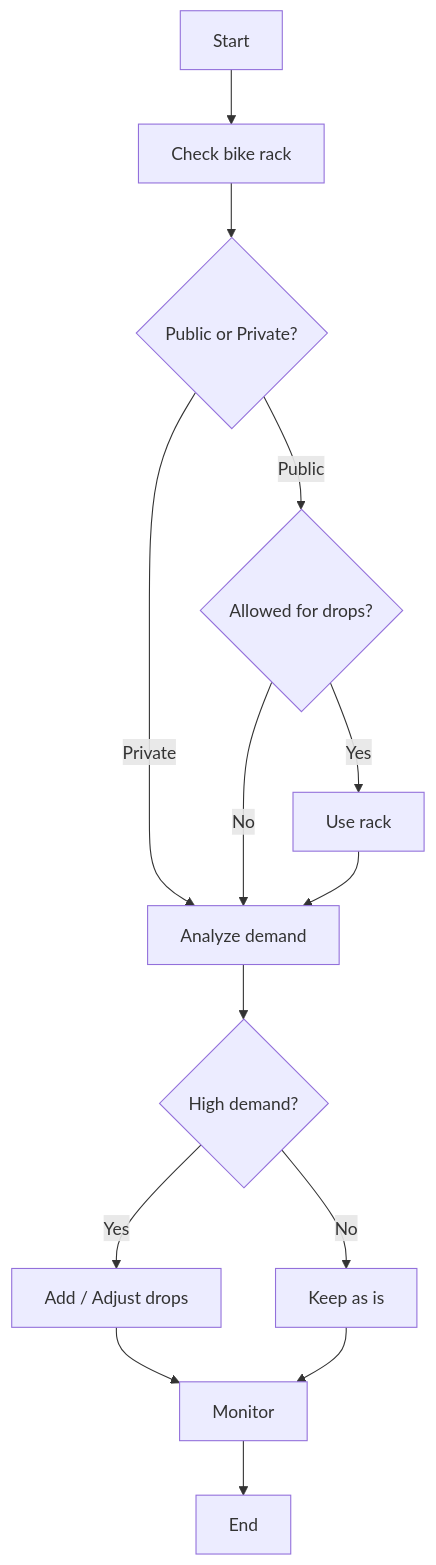
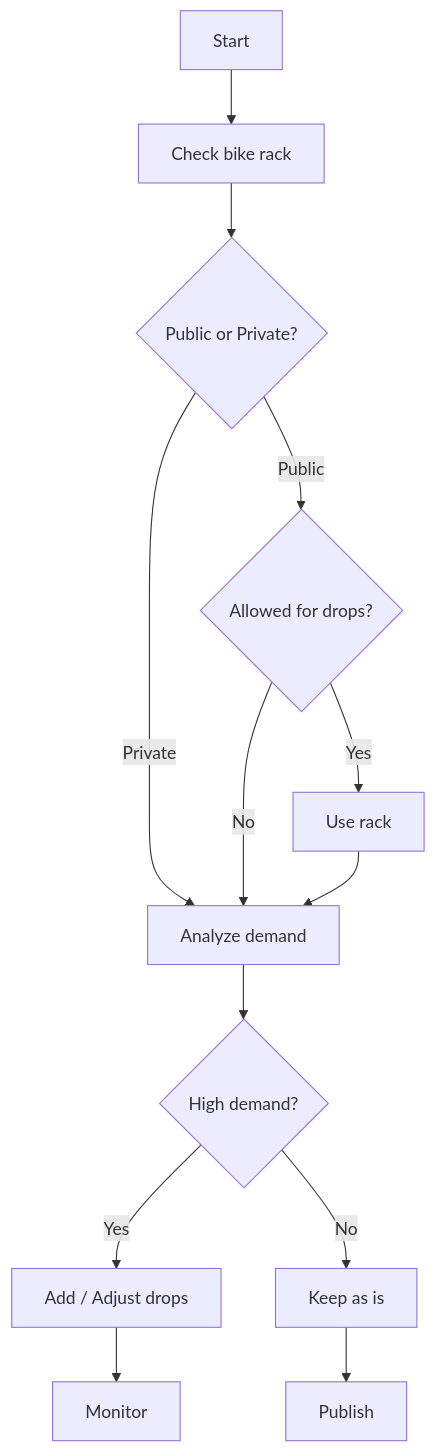
The diagram in Bike Racks.md (isthvoi-arch/Node-Coverage), drawn with Mermaid before and after one commit.

Commit message:
Update Bike Racks.md

````diff
--- a/Bike Racks.md
+++ b/Bike Racks.md
@@ -1,16 +1,15 @@
 ```mermaid
 flowchart TD
     A[Start] --> B[Check bike rack]
     B --> C{Public or Private?}
     C -->|Public| D{Allowed for drops?}
     C -->|Private| E[Analyze demand]
     D -->|Yes| F[Use rack]
     D -->|No| E
     F --> E
     E --> G{High demand?}
     G -->|Yes| H[Add / Adjust drops]
     G -->|No| I[Keep as is]
     H --> J[Monitor]
-    I --> J
-    J --> K[End]
+    I --> Publish
 ```
````
